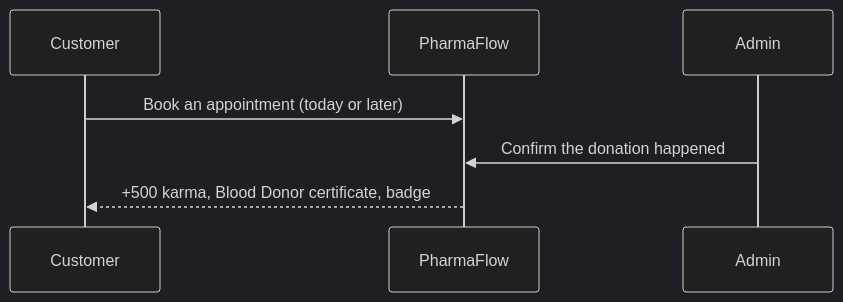
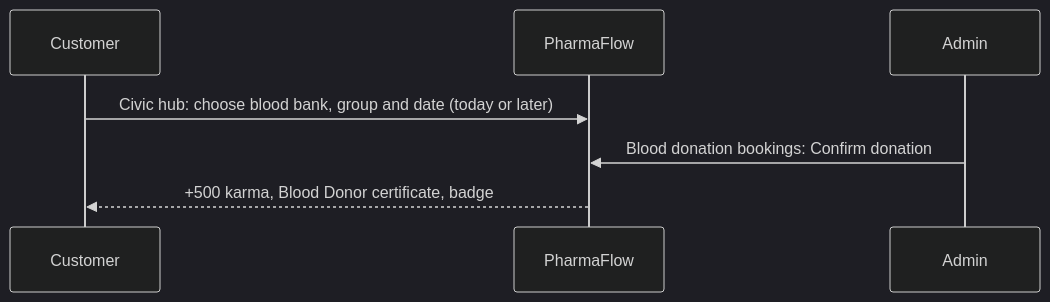
Before and after one commit to chethan-9817/pharma_flow_1: the tenth of 10 diagrams in WORKFLOW.md, drawn with Mermaid (dark theme). The commit also changed other lines of this file, not shown here.

Commit message:
docs: document the Civic hub, certificates, tracker, charts and the laptop versus All 4 demo tip in WORKFLOW.md

````diff
--- a/WORKFLOW.md
+++ b/WORKFLOW.md
@@ -274,9 +279,9 @@
 ```mermaid
 sequenceDiagram
     participant U as Customer
     participant A as PharmaFlow
     participant Ad as Admin
-    U->>A: Book an appointment (today or later)
-    Ad->>A: Confirm the donation happened
+    U->>A: Civic hub: choose blood bank, group and date (today or later)
+    Ad->>A: Blood donation bookings: Confirm donation
     A-->>U: +500 karma, Blood Donor certificate, badge
 ```
````
